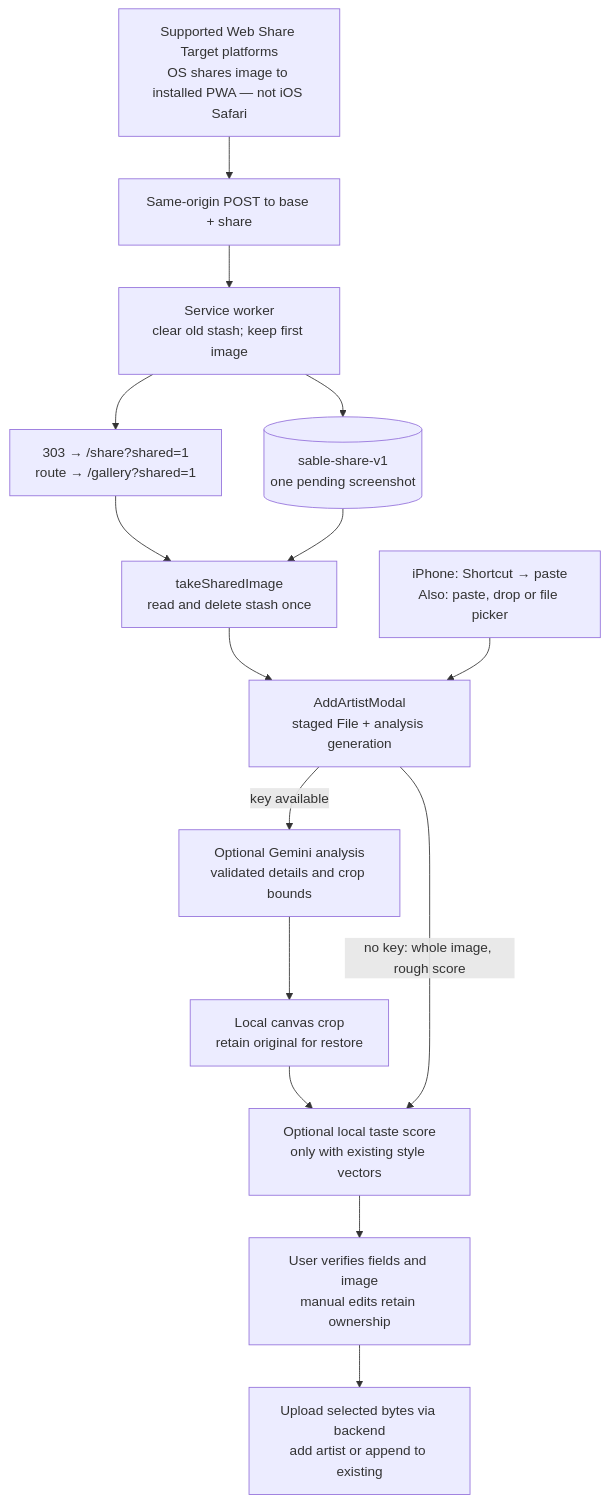
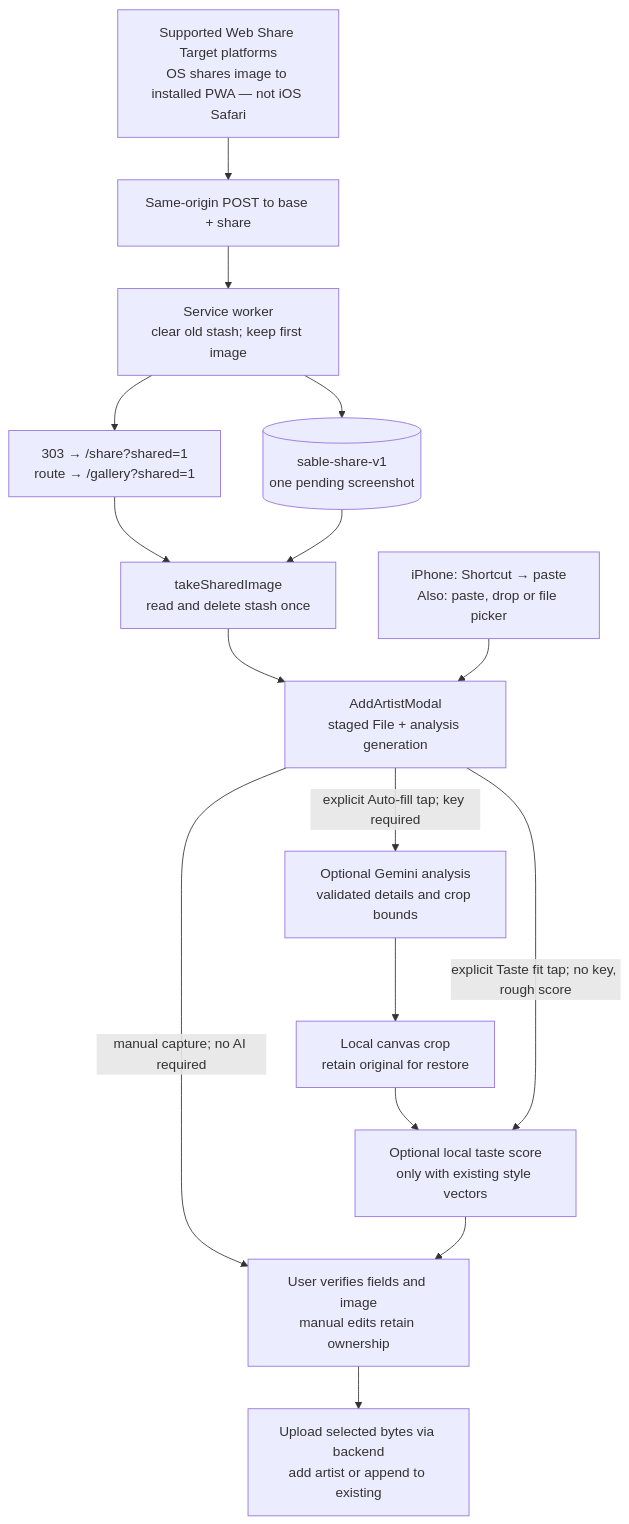
Before and after one commit to Pritesh1980/sable: the seventh of 11 diagrams in docs/ARCHITECTURE.md, drawn with Mermaid. The commit also changed other lines of this file and 22 other files, not shown here.

Commit message:
docs(intake): document the quick capture flow

````diff
--- a/docs/ARCHITECTURE.md
+++ b/docs/ARCHITECTURE.md
@@ -524,24 +525,25 @@
 ```mermaid
 flowchart TB
   OS["Supported Web Share Target platforms<br/>OS shares image to installed PWA — not iOS Safari"]
   POST["Same-origin POST to base + share"]
   SW["Service worker<br/>clear old stash; keep first image"]
   STASH[("sable-share-v1<br/>one pending screenshot")]
   LAND["303 → /share?shared=1<br/>route → /gallery?shared=1"]
   TAKE["takeSharedImage<br/>read and delete stash once"]
   PASTE["iPhone: Shortcut → paste<br/>Also: paste, drop or file picker"]
   STAGE["AddArtistModal<br/>staged File + analysis generation"]
   AI["Optional Gemini analysis<br/>validated details and crop bounds"]
   CROP["Local canvas crop<br/>retain original for restore"]
   TASTE["Optional local taste score<br/>only with existing style vectors"]
   VERIFY["User verifies fields and image<br/>manual edits retain ownership"]
   SAVE["Upload selected bytes via backend<br/>add artist or append to existing"]
 
   OS --> POST --> SW --> STASH
   SW --> LAND --> TAKE
   STASH --> TAKE --> STAGE
   PASTE --> STAGE
-  STAGE -- "key available" --> AI --> CROP --> TASTE
-  STAGE -- "no key: whole image, rough score" --> TASTE
+  STAGE -- "explicit Auto-fill tap; key required" --> AI --> CROP --> TASTE
+  STAGE -- "explicit Taste fit tap; no key, rough score" --> TASTE
+  STAGE -- "manual capture; no AI required" --> VERIFY
   TASTE --> VERIFY --> SAVE
 ```
````
